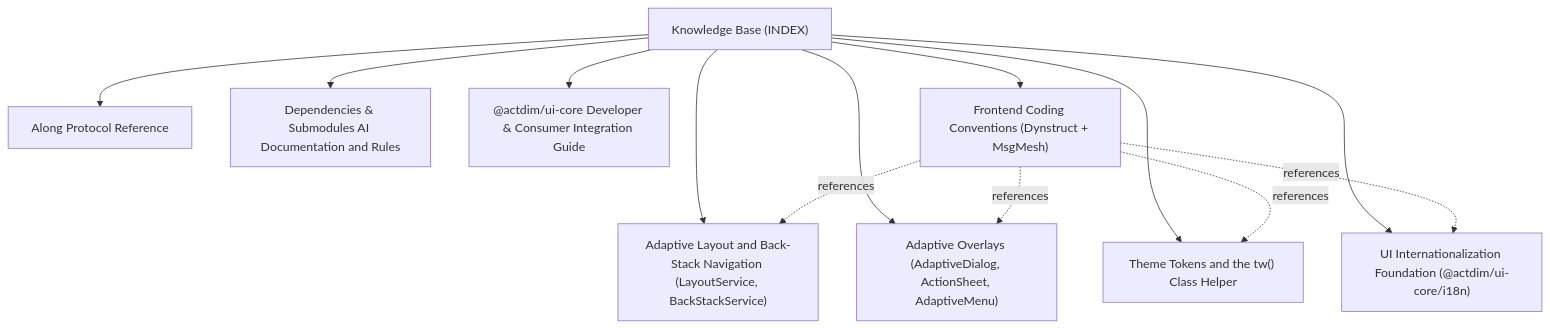
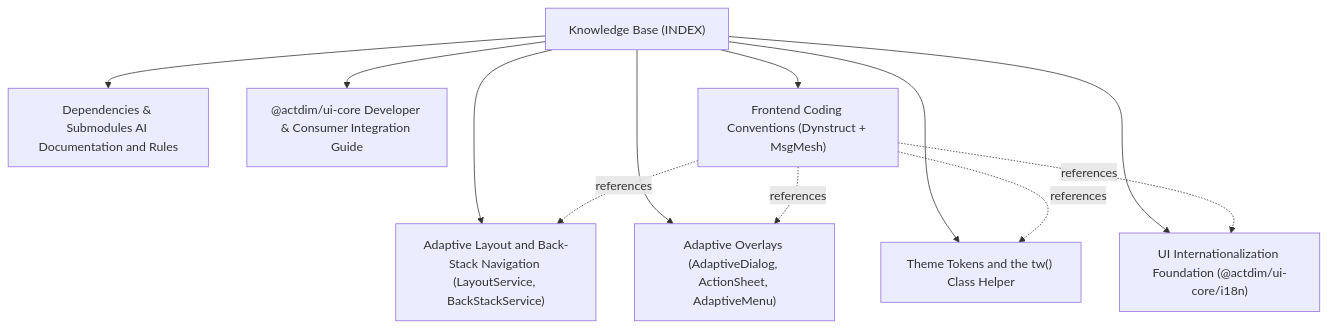
The diagram in docs/INDEX.md (actdim/ui-core), drawn with Mermaid before and after one commit. The commit also changed other lines of this file and 2 other files, not shown here.

Commit message:
docs: sync knowledge base index and llms projections

````diff
--- a/docs/INDEX.md
+++ b/docs/INDEX.md
@@ -17,24 +17,22 @@
 ```mermaid
 flowchart TD
     INDEX["Knowledge Base (INDEX)"]
     T_ADAPTIVE_LAYOUT["Adaptive Layout and Back-Stack Navigation (LayoutService, BackStackService)"]
     INDEX --> T_ADAPTIVE_LAYOUT
     T_ADAPTIVE_OVERLAYS["Adaptive Overlays (AdaptiveDialog, ActionSheet, AdaptiveMenu)"]
     INDEX --> T_ADAPTIVE_OVERLAYS
-    T_ALONG_PROTOCOL["Along Protocol Reference"]
-    INDEX --> T_ALONG_PROTOCOL
     T_DEPENDENCIES["Dependencies & Submodules AI Documentation and Rules"]
     INDEX --> T_DEPENDENCIES
     T_DEVELOPER_GUIDE["@actdim/ui-core Developer & Consumer Integration Guide"]
     INDEX --> T_DEVELOPER_GUIDE
     T_FRONTEND_CONVENTIONS["Frontend Coding Conventions (Dynstruct + MsgMesh)"]
     INDEX --> T_FRONTEND_CONVENTIONS
     T_I18N["UI Internationalization Foundation (@actdim/ui-core/i18n)"]
     INDEX --> T_I18N
     T_THEME_TOKENS["Theme Tokens and the tw() Class Helper"]
     INDEX --> T_THEME_TOKENS
     T_FRONTEND_CONVENTIONS -.->|references| T_THEME_TOKENS
     T_FRONTEND_CONVENTIONS -.->|references| T_ADAPTIVE_LAYOUT
     T_FRONTEND_CONVENTIONS -.->|references| T_I18N
     T_FRONTEND_CONVENTIONS -.->|references| T_ADAPTIVE_OVERLAYS
 ```
````
